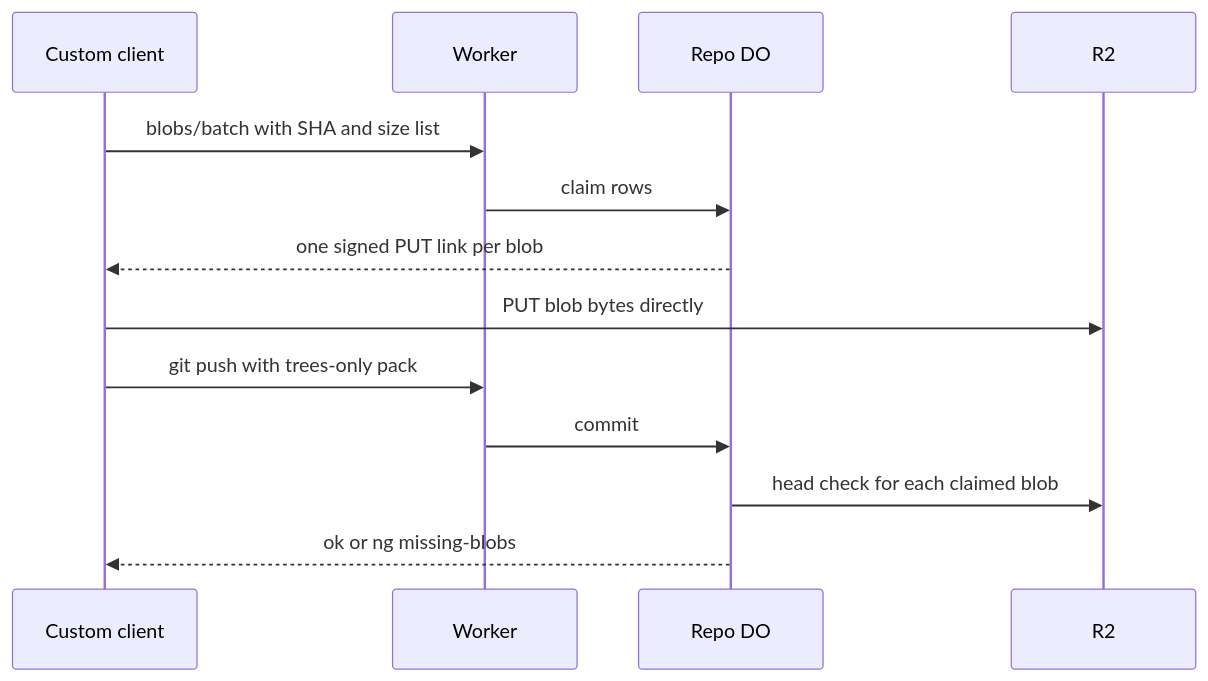
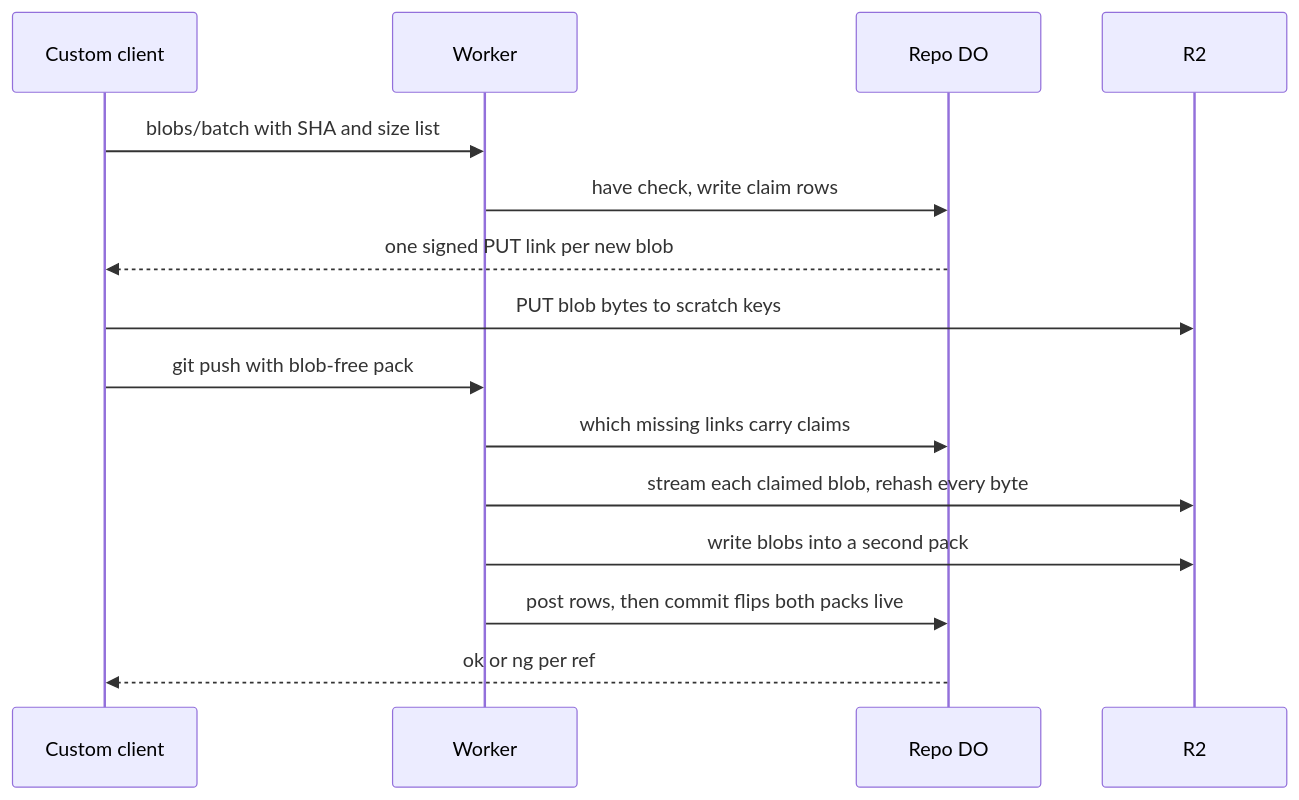
The diagram in plain/presigned-direct-upload.md (idl3/git-edge), drawn with Mermaid before and after one commit. The commit also changed other lines of this file and 65 other files, not shown here.

````diff
--- a/plain/presigned-direct-upload.md
+++ b/plain/presigned-direct-upload.md
@@ -26,15 +28,17 @@
 ```mermaid
 sequenceDiagram
-  participant Client as Custom client
-  participant Worker
-  participant DO as Repo DO
-  participant R2
-  Client->>Worker: blobs/batch with SHA and size list
-  Worker->>DO: claim rows
-  DO-->>Client: one signed PUT link per blob
-  Client->>R2: PUT blob bytes directly
-  Client->>Worker: git push with trees-only pack
-  Worker->>DO: commit
-  DO->>R2: head check for each claimed blob
-  DO-->>Client: ok or ng missing-blobs
+    participant Client as Custom client
+    participant Worker
+    participant DO as Repo DO
+    participant R2
+    Client->>Worker: blobs/batch with SHA and size list
+    Worker->>DO: have check, write claim rows
+    DO-->>Client: one signed PUT link per new blob
+    Client->>R2: PUT blob bytes to scratch keys
+    Client->>Worker: git push with blob-free pack
+    Worker->>DO: which missing links carry claims
+    Worker->>R2: stream each claimed blob, rehash every byte
+    Worker->>R2: write blobs into a second pack
+    Worker->>DO: post rows, then commit flips both packs live
+    DO-->>Client: ok or ng per ref
 ```
````
